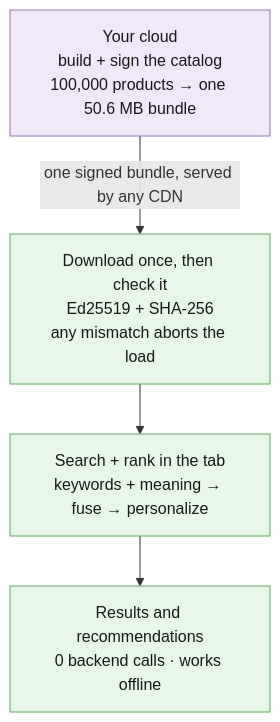
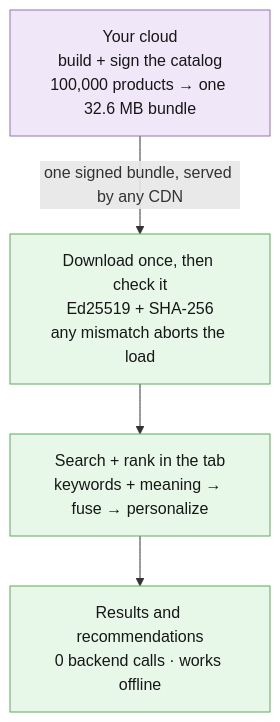
The fourth of 4 diagrams in docs/ARCHITECTURE.md (gainratio/edge-reco), drawn with Mermaid before and after one commit. The commit also changed other lines of this file and 2108 other files, not shown here.

````diff
--- a/docs/ARCHITECTURE.md
+++ b/docs/ARCHITECTURE.md
@@ -302,15 +302,15 @@
 ```mermaid
 flowchart TB
-  build["Your cloud<br>build + sign the catalog<br>100,000 products → one 50.6 MB bundle"]
+  build["Your cloud<br>build + sign the catalog<br>100,000 products → one 32.6 MB bundle"]
   sync["Download once, then check it<br>Ed25519 + SHA-256<br>any mismatch aborts the load"]
   engine["Search + rank in the tab<br>keywords + meaning → fuse → personalize"]
   recs["Results and recommendations<br>0 backend calls · works offline"]
 
   build -->|"one signed bundle, served by any CDN"| sync
   sync --> engine --> recs
 
   classDef cloud fill:#f0e8f8,stroke:#9472b0,color:#171717;
   classDef device fill:#e8f8e8,stroke:#5fa85f,color:#171717;
   class build cloud;
   class sync,engine,recs device;
 ```
````
